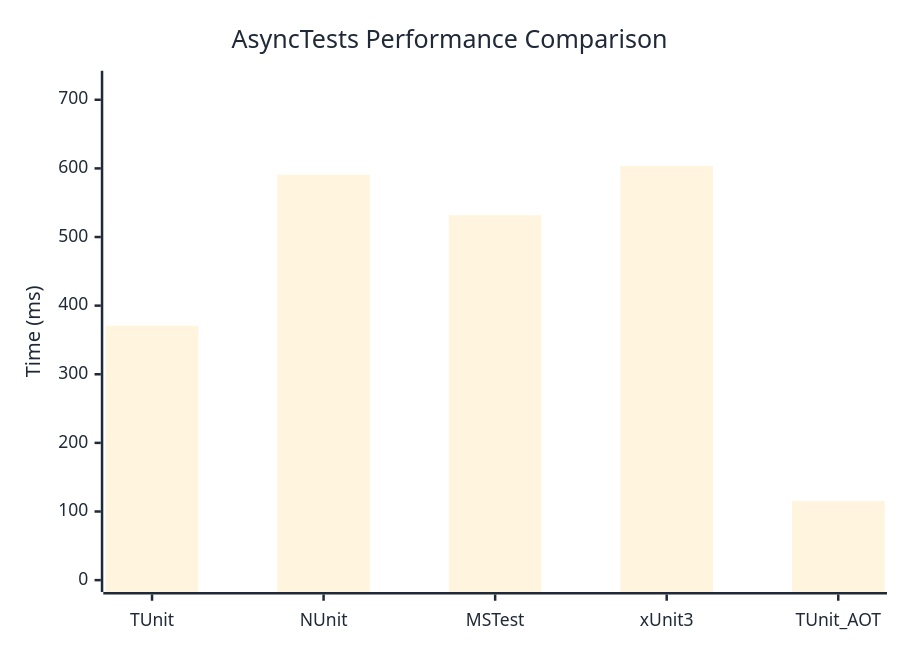
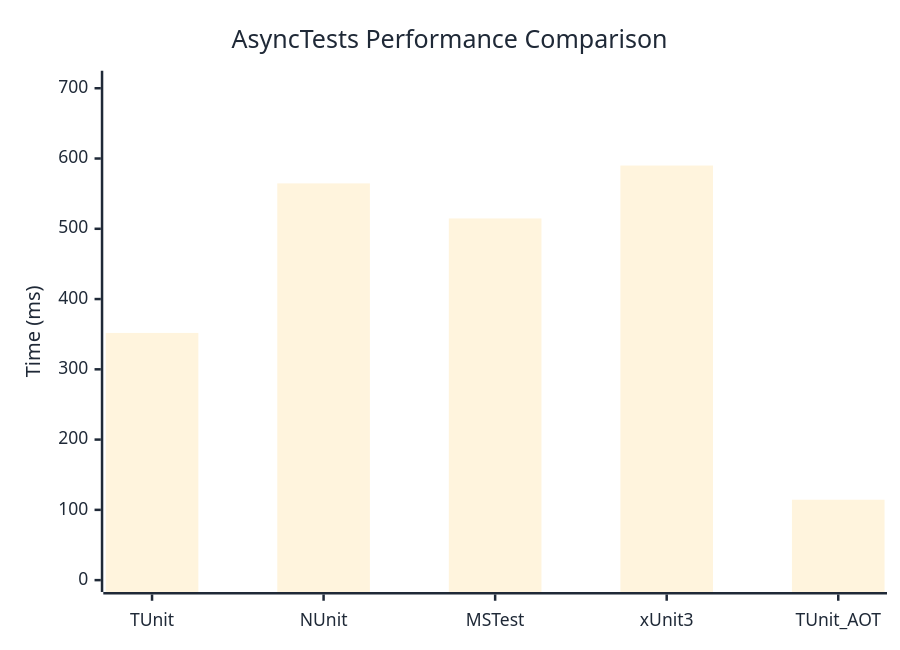
The diagram in docs/docs/benchmarks/engine/AsyncTests.md (thomhurst/TUnit), drawn with Mermaid before and after one commit. The commit also changed other lines of this file and 17 other files, not shown here.

````diff
--- a/docs/docs/benchmarks/engine/AsyncTests.md
+++ b/docs/docs/benchmarks/engine/AsyncTests.md
@@ -29,37 +29,37 @@
 ```mermaid
 %%{init: {
   'theme':'base',
   'themeVariables': {
     'primaryColor': '#2563eb',
     'primaryTextColor': '#1f2937',
     'primaryBorderColor': '#1e40af',
     'lineColor': '#6b7280',
     'secondaryColor': '#7c3aed',
     'tertiaryColor': '#dc2626',
     'background': '#ffffff',
     'mainBkg': '#2563eb',
     'secondBkg': '#7c3aed',
     'tertiaryBkg': '#dc2626',
     'clusterBkg': '#f3f4f6',
     'edgeLabelBackground': '#ffffff',
     'tertiaryTextColor': '#1f2937',
     'pie1': '#2563eb',
     'pie2': '#7c3aed',
     'pie3': '#dc2626',
     'pie4': '#f59e0b',
     'pie5': '#10b981',
     'pie6': '#06b6d4',
     'pie7': '#ec4899',
     'pie8': '#6366f1',
     'pie9': '#84cc16',
     'pie10': '#f97316',
     'pie11': '#14b8a6',
     'pie12': '#a855f7'
   }
 }}%%
 xychart-beta
   title "AsyncTests Performance Comparison"
   x-axis ["TUnit", "NUnit", "MSTest", "xUnit3", "TUnit_AOT"]
-  y-axis "Time (ms)" 0 --> 725
-  bar [370.7, 590.8, 531.8, 603.6, 115.1]
+  y-axis "Time (ms)" 0 --> 708
+  bar [351.8, 564.6, 514.7, 590, 114.4]
 ```
````
